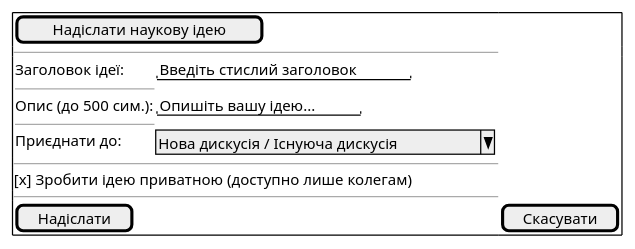
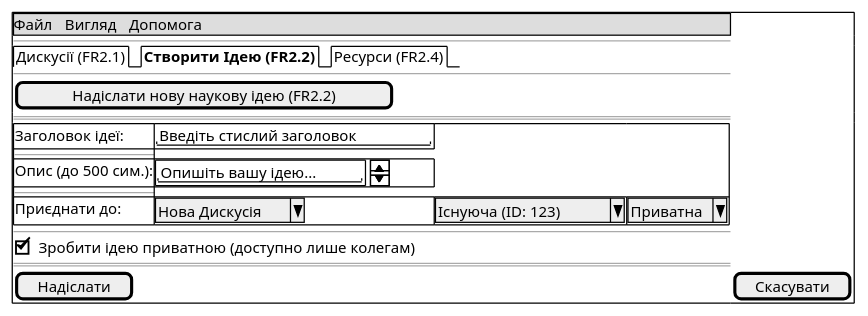
The diagram in FR2_2_Submit_Idea.puml (NxGen-Coder/needforlab2), drawn with PlantUML before and after one commit.

```diff
--- a/FR2_2_Submit_Idea.puml
+++ b/FR2_2_Submit_Idea.puml
@@ -1,20 +1,22 @@
 @startuml 
 salt
-{
-  {+
-    [ Надіслати наукову ідею ]
+{+
+    {* Файл | Вигляд | Допомога }
     --
-    {
-      Заголовок ідеї: | "Введіть стислий заголовок"
-      --
-      Опис (до 500 сим.): | "Опишіть вашу ідею..."
-      --
-      Приєднати до: | ^Нова дискусія / Існуюча дискусія^
+    {/ <color:black>Дискусії (FR2.1)</color> | <b>Створити Ідею (FR2.2) | <color:black>Ресурси (FR2.4)</color> }
+    --
+    [ Надіслати нову наукову ідею (FR2.2) ]
+    ==
+    {#
+    Заголовок ідеї: | "Введіть стислий заголовок  "
+    --
+    Опис (до 500 сим.): | {SI "Опишіть вашу ідею..."}
+    --
+    Приєднати до: | ^Нова Дискусія^ | ^Існуюча (ID: 123)^ | ^Приватна^
     }
     --
-    [x] Зробити ідею приватною (доступно лише колегам)
-    --
+    [X] Зробити ідею приватною (доступно лише колегам)
+    ==
     [ Надіслати ] | [ Скасувати ]
-  }
 }
 @enduml
```
